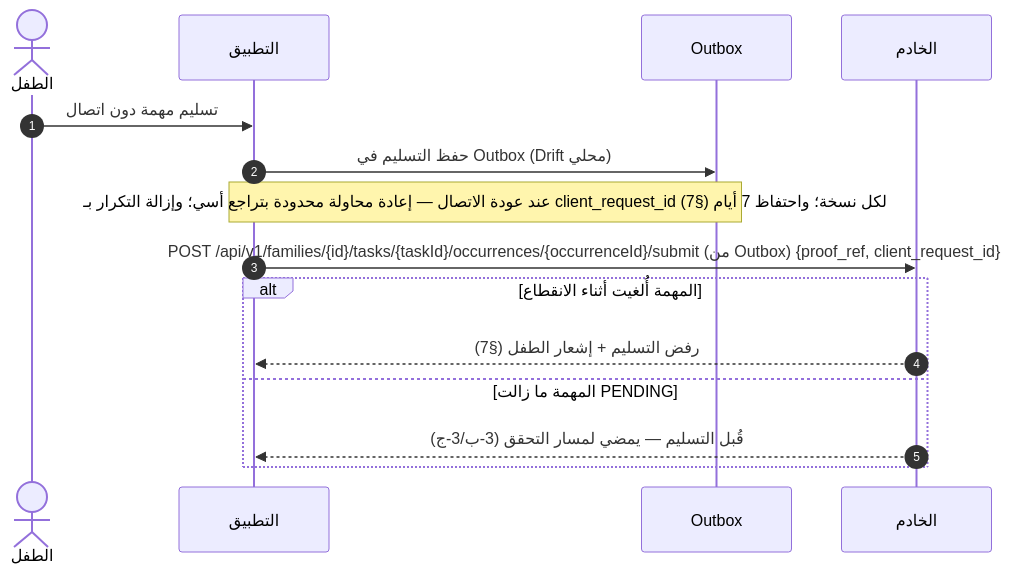
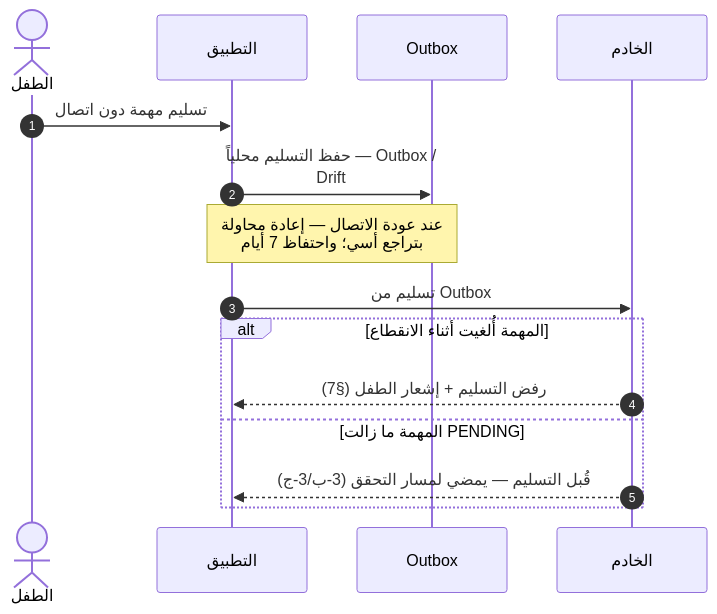
One commit to Bassam-mohammed-alqaeadi/family-os-v2 changed diagram 13 of 30 in docs/family-os/governance/phases/phase-1/S1-06-tasks-and-calendar/DIAGRAMS.md. Above: the diagram before and after it, drawn with Mermaid. The commit also changed other lines of this file, not shown here.

````diff
--- a/docs/family-os/governance/phases/phase-1/S1-06-tasks-and-calendar/DIAGRAMS.md
+++ b/docs/family-os/governance/phases/phase-1/S1-06-tasks-and-calendar/DIAGRAMS.md
@@ -431,17 +515,18 @@
 ```mermaid
+%%{init: {"sequence": {"wrap": true}}}%%
 sequenceDiagram
     autonumber
     actor Child as الطفل
     participant App as التطبيق
     participant OB as Outbox
     participant Ktor as الخادم
     Child->>App: تسليم مهمة دون اتصال
-    App->>OB: حفظ التسليم في Outbox (Drift محلي)
-    Note over App,OB: عند عودة الاتصال — إعادة محاولة محدودة بتراجع أسي؛ وإزالة التكرار بـ client_request_id لكل نسخة؛ واحتفاظ 7 أيام (§7)
-    App->>Ktor: POST /api/v1/families/{id}/tasks/{taskId}/occurrences/{occurrenceId}/submit (من Outbox) {proof_ref, client_request_id}
+    App->>OB: حفظ التسليم محلياً — Outbox / Drift
+    Note over App,OB: عند عودة الاتصال — إعادة محاولة بتراجع أسي؛ واحتفاظ 7 أيام
+    App->>Ktor: تسليم من Outbox
     alt المهمة أُلغيت أثناء الانقطاع
         Ktor-->>App: رفض التسليم + إشعار الطفل (§7)
     else المهمة ما زالت PENDING
         Ktor-->>App: قُبل التسليم — يمضي لمسار التحقق (3-ب/3-ج)
     end
 ```
````
